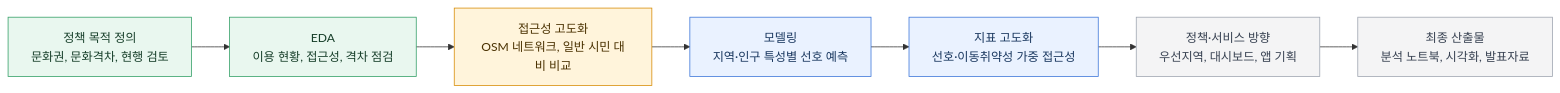
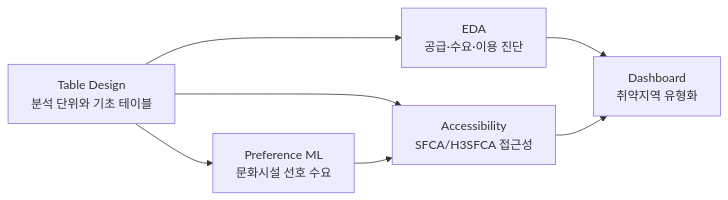
Before and after one commit to JHPark-kor/Oracle-Project: the diagram in README.md, drawn with Mermaid. The commit also changed other lines of this file and 1432 other files, not shown here.

````diff
--- a/README.md
+++ b/README.md
@@ -16,19 +21,9 @@
 ```mermaid
 flowchart LR
-    A["정책 목적 정의<br/>문화권, 문화격차, 현행 검토"] --> B["EDA<br/>이용 현황, 접근성, 격차 점검"]
-    B --> C["접근성 고도화<br/>OSM 네트워크, 일반 시민 대비 비교"]
-    C --> D["모델링<br/>지역·인구 특성별 선호 예측"]
-    D --> E["지표 고도화<br/>선호·이동취약성 가중 접근성"]
-    E --> F["정책·서비스 방향<br/>우선지역, 대시보드, 앱 기획"]
-    F --> G["최종 산출물<br/>분석 노트북, 시각화, 발표자료"]
-
-    classDef done fill:#e9f7ef,stroke:#2f9d63,color:#173f2a;
-    classDef current fill:#fff4db,stroke:#d68a00,color:#4a3100;
-    classDef next fill:#eaf2ff,stroke:#3974d8,color:#19375f;
-    classDef future fill:#f4f4f5,stroke:#9ca3af,color:#374151;
-
-    class A,B done;
-    class C current;
-    class D,E next;
-    class F,G future;
+    A["Table Design<br/>분석 단위와 기초 테이블"] --> B["EDA<br/>공급·수요·이용 진단"]
+    A --> C["Preference ML<br/>문화시설 선호 수요"]
+    A --> D["Accessibility<br/>SFCA/H3SFCA 접근성"]
+    C --> D
+    B --> E["Dashboard<br/>취약지역 유형화"]
+    D --> E
 ```
````
